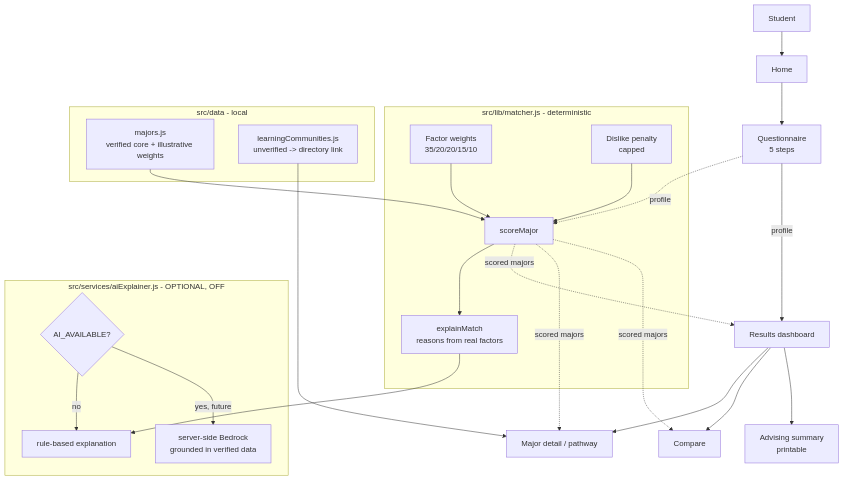
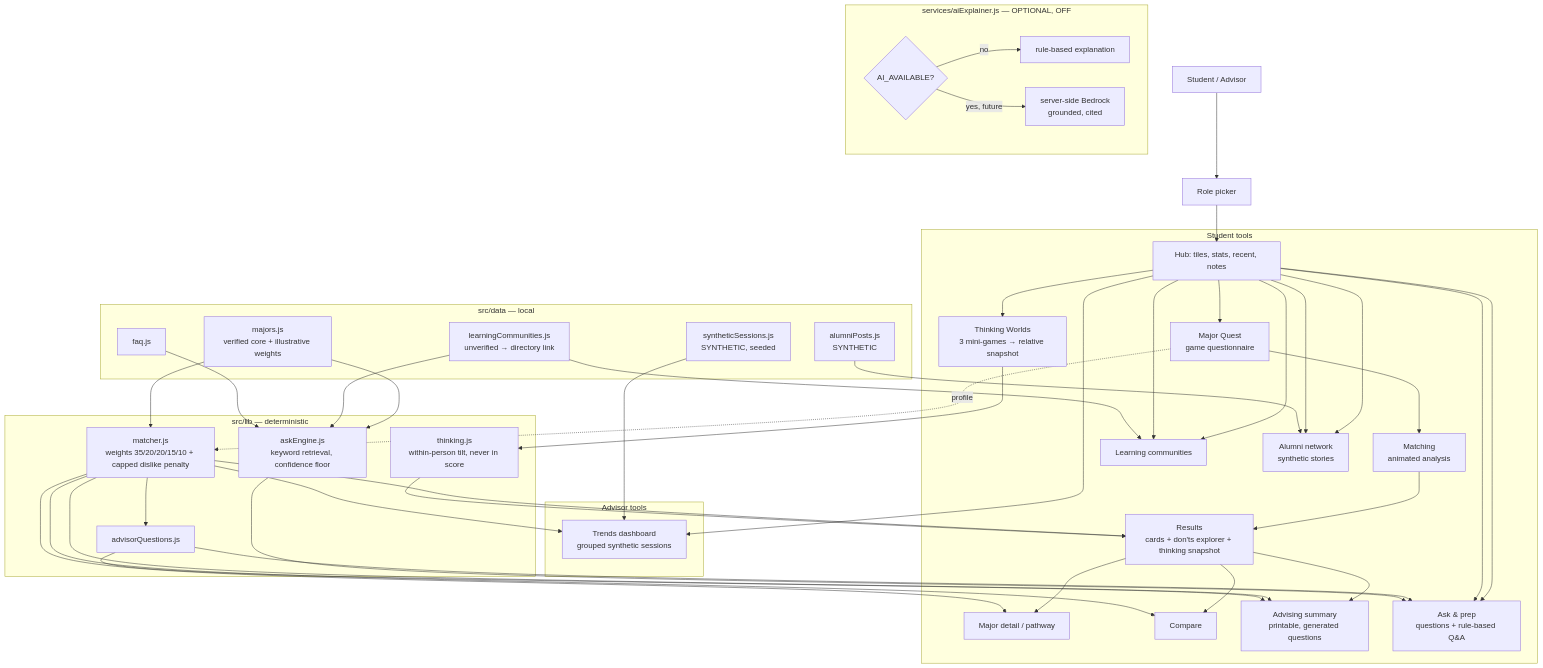
Before and after one commit to rishabhj2701/isu-major-matcher: the diagram in docs/architecture.md, drawn with Mermaid. The commit also changed other lines of this file and 35 other files, not shown here.

Commit message:
Add hub dashboard: Student/Advisor roles, sidebar tabs, don'ts explorer, Thinking Worlds, alumni network, ask & prep, advisor trends, light/dark theme

````diff
--- a/docs/architecture.md
+++ b/docs/architecture.md
@@ -11,34 +14,57 @@
 ```mermaid
 flowchart TD
-    U[Student] --> H[Home]
-    H --> Q[Questionnaire\n5 steps]
-    Q -->|profile| R[Results dashboard]
-    R --> D[Major detail / pathway]
-    R --> C[Compare]
-    R --> S[Advising summary\nprintable]
+    U[Student / Advisor] --> RP[Role picker]
+    RP --> HUB[Hub: tiles, stats, recent, notes]
 
-    subgraph engine [src/lib/matcher.js - deterministic]
-      W[Factor weights\n35/20/20/15/10] --> SC[scoreMajor]
-      P[Dislike penalty\ncapped] --> SC
-      SC --> EX[explainMatch\nreasons from real factors]
+    subgraph student [Student tools]
+      HUB --> Q[Major Quest\ngame questionnaire]
+      Q --> M[Matching\nanimated analysis]
+      M --> R[Results\ncards + don'ts explorer + thinking snapshot]
+      R --> D[Major detail / pathway]
+      R --> C[Compare]
+      R --> S[Advising summary\nprintable, generated questions]
+      HUB --> W[Thinking Worlds\n3 mini-games → relative snapshot]
+      HUB --> LC[Learning communities]
+      HUB --> AL[Alumni network\nsynthetic stories]
+      HUB --> ASK[Ask & prep\nquestions + rule-based Q&A]
+    end
+
+    subgraph advisor [Advisor tools]
+      HUB --> AD[Trends dashboard\ngrouped synthetic sessions]
+      HUB --> ASK
+      HUB --> LC
+      HUB --> AL
+    end
+
+    subgraph engine [src/lib — deterministic]
+      SC[matcher.js\nweights 35/20/20/15/10 + capped dislike penalty]
+      AQ[advisorQuestions.js]
+      AE[askEngine.js\nkeyword retrieval, confidence floor]
+      TH[thinking.js\nwithin-person tilt, never in score]
     end
 
     Q -.profile.-> SC
-    SC -.scored majors.-> R
-    SC -.scored majors.-> D
-    SC -.scored majors.-> C
+    SC --> R & D & C & S & AD
+    SC --> AQ --> S & ASK
+    AE --> ASK
+    W --> TH --> R
 
-    subgraph data [src/data - local]
-      M[majors.js\nverified core + illustrative weights]
-      L[learningCommunities.js\nunverified -> directory link]
+    subgraph data [src/data — local]
+      MJ[majors.js\nverified core + illustrative weights]
+      L[learningCommunities.js\nunverified → directory link]
+      F[faq.js]
+      AP[alumniPosts.js\nSYNTHETIC]
+      SS[syntheticSessions.js\nSYNTHETIC, seeded]
     end
-    M --> SC
-    L --> D
+    MJ --> SC & AE
+    L --> LC & AE
+    F --> AE
+    AP --> AL
+    SS --> AD
 
-    subgraph ai [src/services/aiExplainer.js - OPTIONAL, OFF]
+    subgraph ai [services/aiExplainer.js — OPTIONAL, OFF]
       AIF{AI_AVAILABLE?}
       AIF -->|no| RB[rule-based explanation]
-      AIF -->|yes, future| BR[server-side Bedrock\ngrounded in verified data]
+      AIF -->|yes, future| BR[server-side Bedrock\ngrounded, cited]
     end
-    EX --> RB
 ```
````
